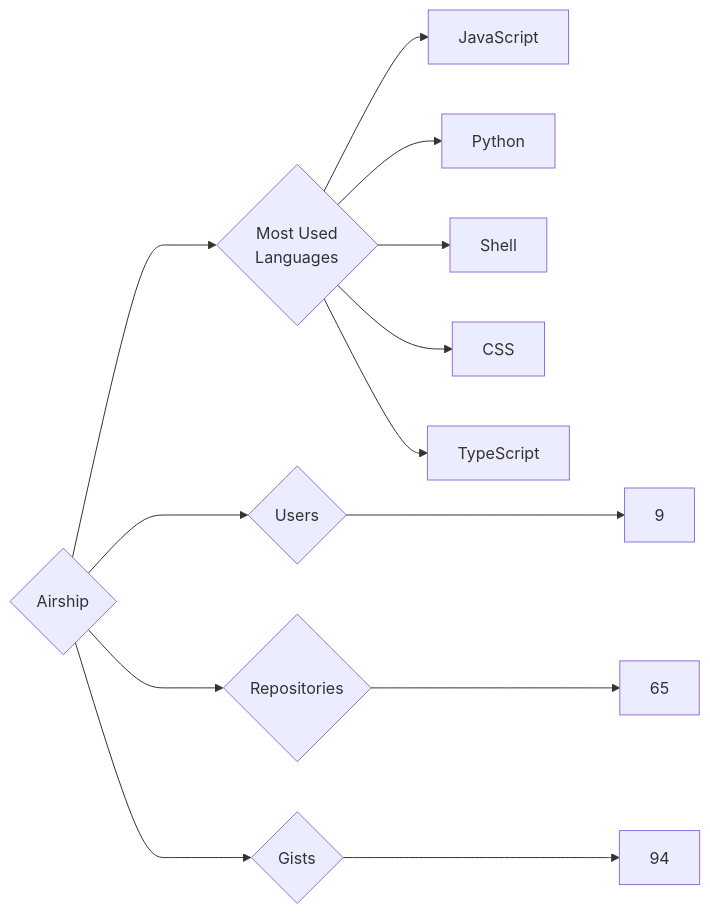
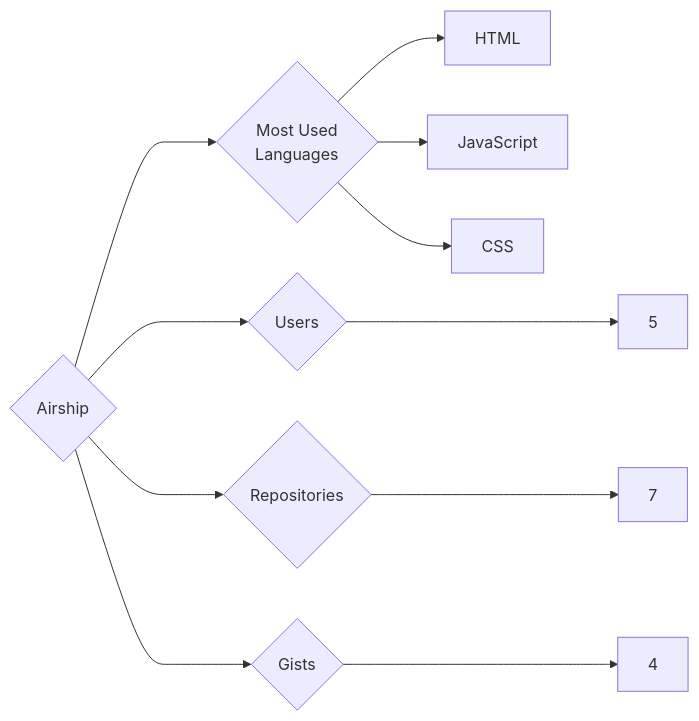
The diagram in targets/Airship/README.md (trickest/insiders), drawn with Mermaid before and after one commit. The commit also changed 1141 other files, not shown here.

````diff
--- a/targets/Airship/README.md
+++ b/targets/Airship/README.md
@@ -3,13 +3,11 @@
 ```mermaid
 graph LR
 COMPANY_NAME{Airship}
-COMPANY_NAME ---> U{Users} ---> UN[9]
-COMPANY_NAME ---> R{Repositories} ---> RN[65]
-COMPANY_NAME ---> G{Gists} ---> GN[94]
+COMPANY_NAME ---> U{Users} ---> UN[5]
+COMPANY_NAME ---> R{Repositories} ---> RN[7]
+COMPANY_NAME ---> G{Gists} ---> GN[4]
 COMPANY_NAME ---> ML{Most Used<br>Languages}
+ML --> HTML[HTML]
 ML --> JavaScript[JavaScript]
-ML --> Python[Python]
-ML --> Shell[Shell]
 ML --> CSS[CSS]
-ML --> TypeScript[TypeScript]
 ```
````
